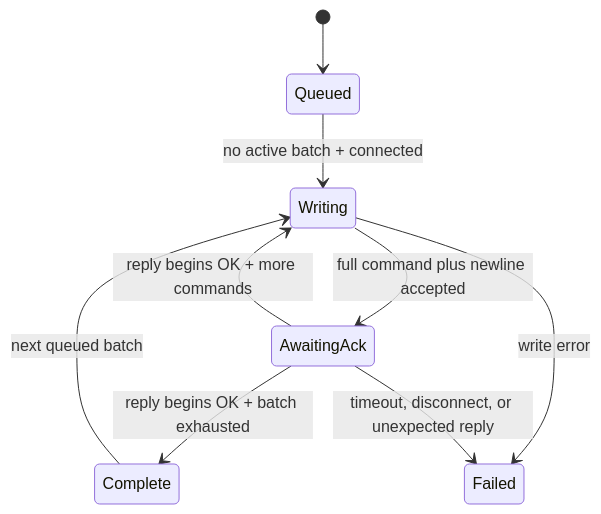
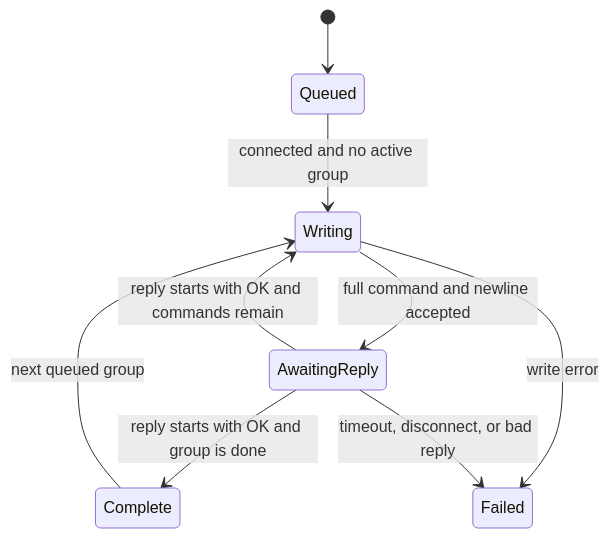
One commit to attackofthetitan/vicon-lsl-sync changed the fifth of 11 diagrams in docs/runtime-state-machines.md. Above: the diagram before and after it, drawn with Mermaid. The commit also changed other lines of this file and 6 other files, not shown here.

````diff
--- a/docs/runtime-state-machines.md
+++ b/docs/runtime-state-machines.md
@@ -200,11 +200,11 @@
 ```mermaid
 stateDiagram-v2
     [*] --> Queued
-    Queued --> Writing: no active batch + connected
-    Writing --> AwaitingAck: full command plus newline accepted
-    AwaitingAck --> Writing: reply begins OK + more commands
-    AwaitingAck --> Complete: reply begins OK + batch exhausted
+    Queued --> Writing: connected and no active group
+    Writing --> AwaitingReply: full command and newline accepted
+    AwaitingReply --> Writing: reply starts with OK and commands remain
+    AwaitingReply --> Complete: reply starts with OK and group is done
     Writing --> Failed: write error
-    AwaitingAck --> Failed: timeout, disconnect, or unexpected reply
-    Complete --> Writing: next queued batch
+    AwaitingReply --> Failed: timeout, disconnect, or bad reply
+    Complete --> Writing: next queued group
 ```
````
